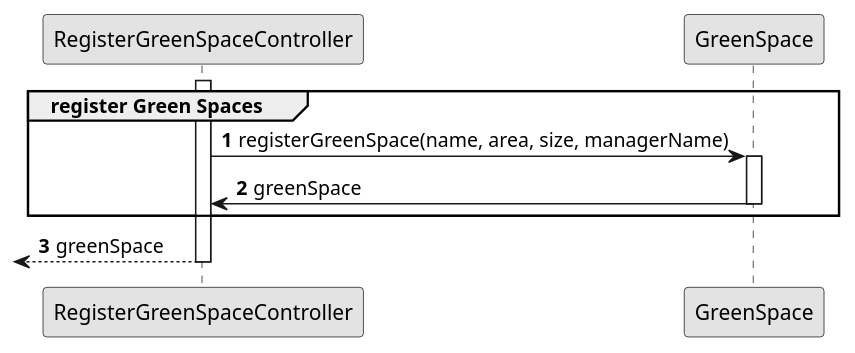
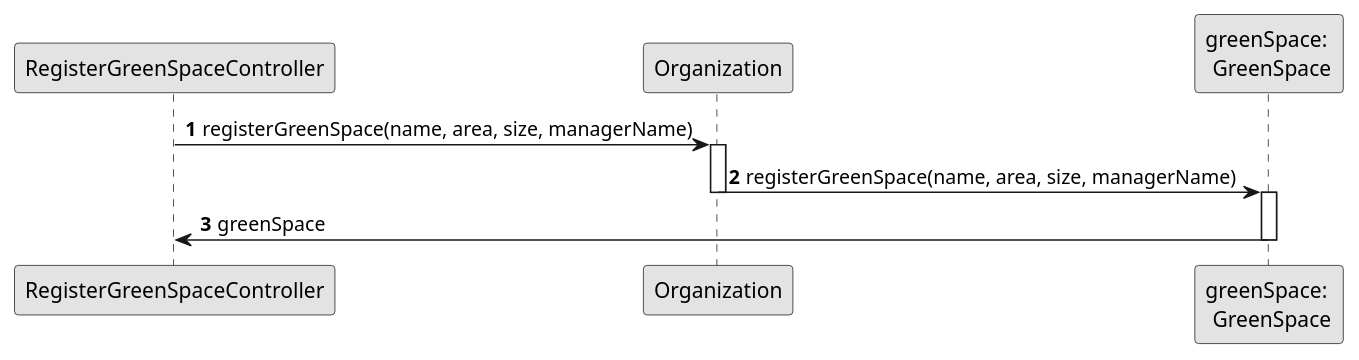
The diagram in docs/SprintC/us020/03.design/puml/us020-sequence-diagram-partial-register-green-space.puml (Departamento-de-Engenharia-Informatica/lei-24-s2-1df-1de-g063), drawn with PlantUML before and after one commit. The commit also changed 40 other files, not shown here.

```diff
--- a/docs/SprintC/us020/03.design/puml/us020-sequence-diagram-partial-register-green-space.puml
+++ b/docs/SprintC/us020/03.design/puml/us020-sequence-diagram-partial-register-green-space.puml
@@ -1,23 +1,26 @@
 @startuml
 skinparam monochrome true
 skinparam packageStyle rectangle
 skinparam shadowing false
 
 autonumber
+participant "RegisterGreenSpaceController" as CTRL
+participant "Organization" as Organization
+participant "greenSpace: \n GreenSpace" as GreenSpace
 
-participant "RegisterGreenSpaceController" as CTRL
+ CTRL -> Organization : registerGreenSpace(name, area, size, managerName)
+            activate Organization
+            Organization -> GreenSpace : registerGreenSpace(name, area, size, managerName)
+            deactivate Organization
 
-activate CTRL
-    group register Green Spaces
-        CTRL -> GreenSpace : registerGreenSpace(name, area, size, managerName)
+     activate GreenSpace
 
-             activate GreenSpace
+            GreenSpace -> CTRL : greenSpace
 
-                    GreenSpace -> CTRL : greenSpace
+     deactivate GreenSpace
 
-             deactivate GreenSpace
-    end
-    <-- CTRL : greenSpace
-deactivate CTRL
+
+
+     deactivate CTRL
 
 @enduml
```
